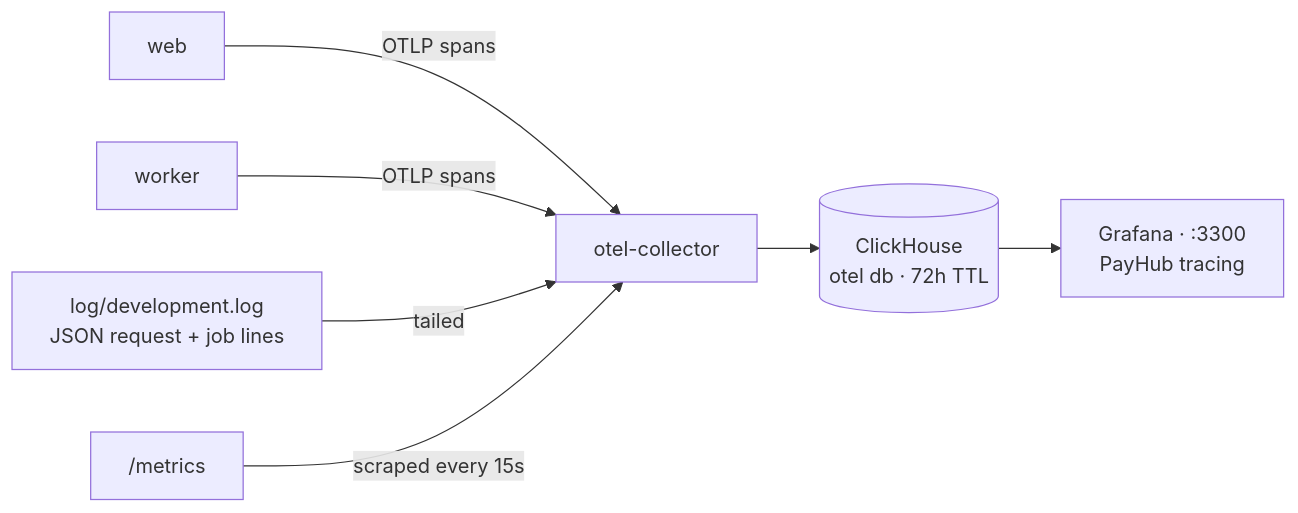
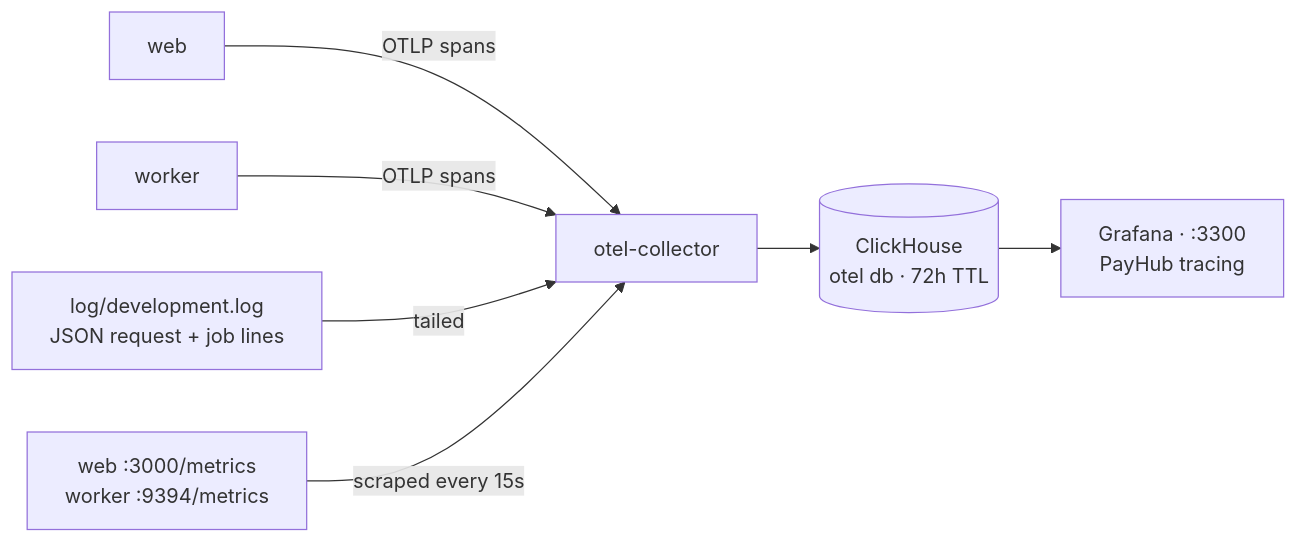
One commit to baobeta/payhub changed the third of 3 diagrams in README.md. Above: the diagram before and after it, drawn with Mermaid. The commit also changed other lines of this file and 4 other files, not shown here.

Commit message:
Scrape the worker's metrics and send the scrape token

````diff
--- a/README.md
+++ b/README.md
@@ -418,7 +418,7 @@
 ```mermaid
 flowchart LR
     W["web"] & K["worker"] -- "OTLP spans" --> OC["otel-collector"]
     L["log/development.log<br/>JSON request + job lines"] -- tailed --> OC
-    M["/metrics"] -- "scraped every 15s" --> OC
+    M["web :3000/metrics<br/>worker :9394/metrics"] -- "scraped every 15s" --> OC
     OC --> CH[("ClickHouse<br/>otel db · 72h TTL")] --> GF["Grafana · :3300<br/>PayHub tracing"]
 ```
````
